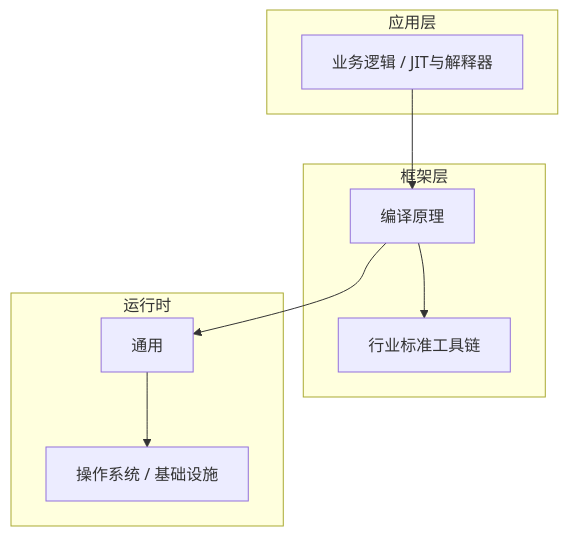
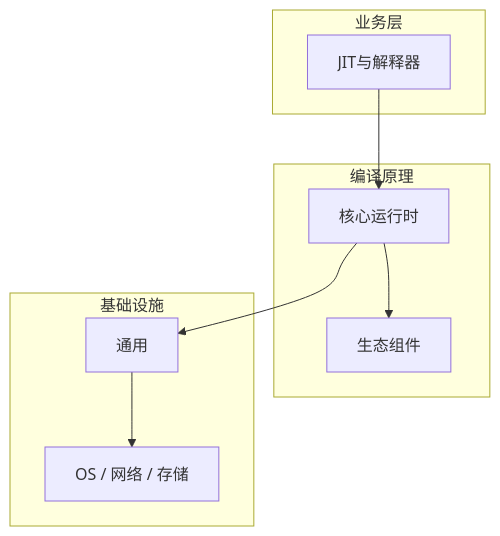
One commit to yanggan2015/knowledge-json-v2 changed the diagram in articles/编译原理/chapters/091-JIT与解释器核心概念与原理.md. Above: the diagram before and after it, drawn with Mermaid. The commit also changed other lines of this file and 10127 other files, not shown here.

````diff
--- a/articles/编译原理/chapters/091-JIT与解释器核心概念与原理.md
+++ b/articles/编译原理/chapters/091-JIT与解释器核心概念与原理.md
@@ -45,18 +34,18 @@
 ```mermaid
 graph TB
-    subgraph 应用层
-        A[业务逻辑 / JIT与解释器]
+    subgraph 业务层
+        A[JIT与解释器]
     end
-    subgraph 框架层
-        B[编译原理]
-        C[行业标准工具链]
+    subgraph 编译原理
+        B[核心运行时]
+        C[生态组件]
     end
-    subgraph 运行时
+    subgraph 基础设施
         D[通用]
-        E[操作系统 / 基础设施]
+        E[OS / 网络 / 存储]
     end
     A --> B
     B --> C
     B --> D
     D --> E
 ```
````
